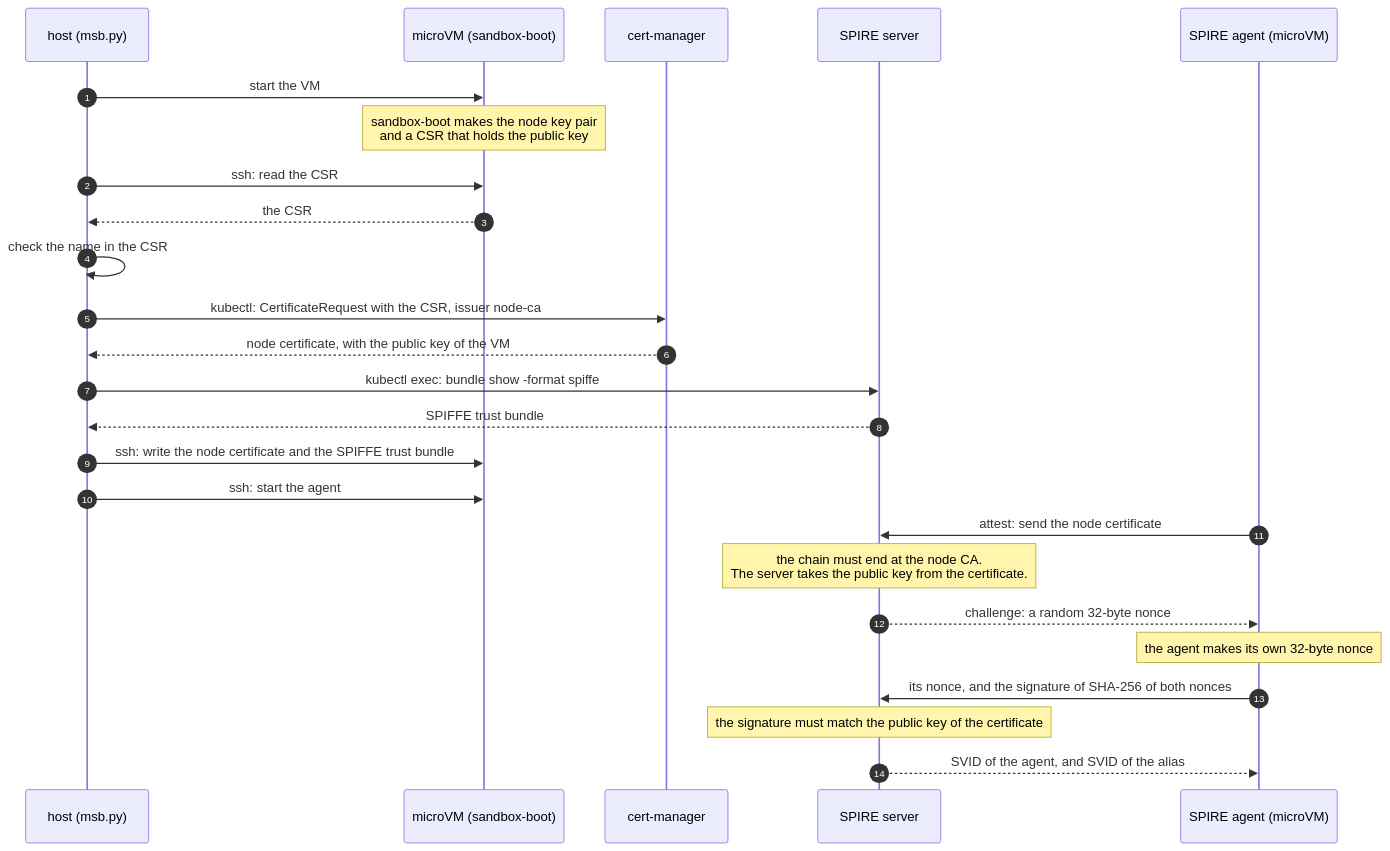
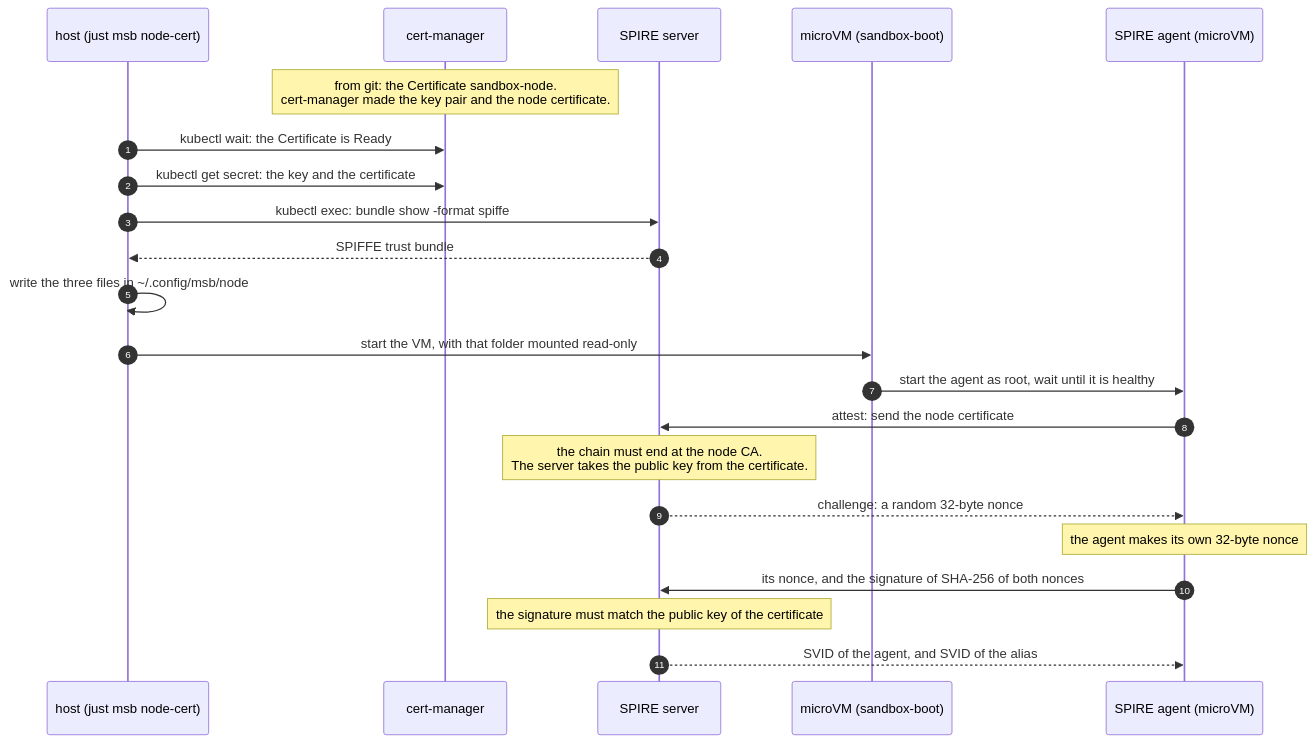
The second of 3 diagrams in code/mcp-sandbox/part-3-mcp-guardrails/docs/zero-trust-node-attestation.md (raghav19/engineersdaybook), drawn with Mermaid before and after one commit. The commit also changed other lines of this file and 11 other files, not shown here.

First line of the commit message:
msb: let cert-manager make the node key pair and certificate of the microVM (#243)

````diff
--- a/code/mcp-sandbox/part-3-mcp-guardrails/docs/zero-trust-node-attestation.md
+++ b/code/mcp-sandbox/part-3-mcp-guardrails/docs/zero-trust-node-attestation.md
@@ -80,28 +82,25 @@
 ```mermaid
 sequenceDiagram
     autonumber
-    participant H as host (msb.py)
-    participant M as microVM (sandbox-boot)
+    participant H as host (just msb node-cert)
     participant K as cert-manager
     participant S as SPIRE server
+    participant M as microVM (sandbox-boot)
     participant A as SPIRE agent (microVM)
 
-    H->>M: start the VM
-    Note over M: sandbox-boot makes the node key pair<br/>and a CSR that holds the public key
-    H->>M: ssh: read the CSR
-    M-->>H: the CSR
-    H->>H: check the name in the CSR
-    H->>K: kubectl: CertificateRequest with the CSR, issuer node-ca
-    K-->>H: node certificate, with the public key of the VM
+    Note over K: from git: the Certificate sandbox-node.<br/>cert-manager made the key pair and the node certificate.
+    H->>K: kubectl wait: the Certificate is Ready
+    H->>K: kubectl get secret: the key and the certificate
     H->>S: kubectl exec: bundle show -format spiffe
     S-->>H: SPIFFE trust bundle
-    H->>M: ssh: write the node certificate and the SPIFFE trust bundle
-    H->>M: ssh: start the agent
+    H->>H: write the three files in ~/.config/msb/node
+    H->>M: start the VM, with that folder mounted read-only
+    M->>A: start the agent as root, wait until it is healthy
     A->>S: attest: send the node certificate
     Note over S: the chain must end at the node CA.<br/>The server takes the public key from the certificate.
     S-->>A: challenge: a random 32-byte nonce
     Note over A: the agent makes its own 32-byte nonce
     A->>S: its nonce, and the signature of SHA-256 of both nonces
     Note over S: the signature must match the public key of the certificate
     S-->>A: SVID of the agent, and SVID of the alias
 ```
````
